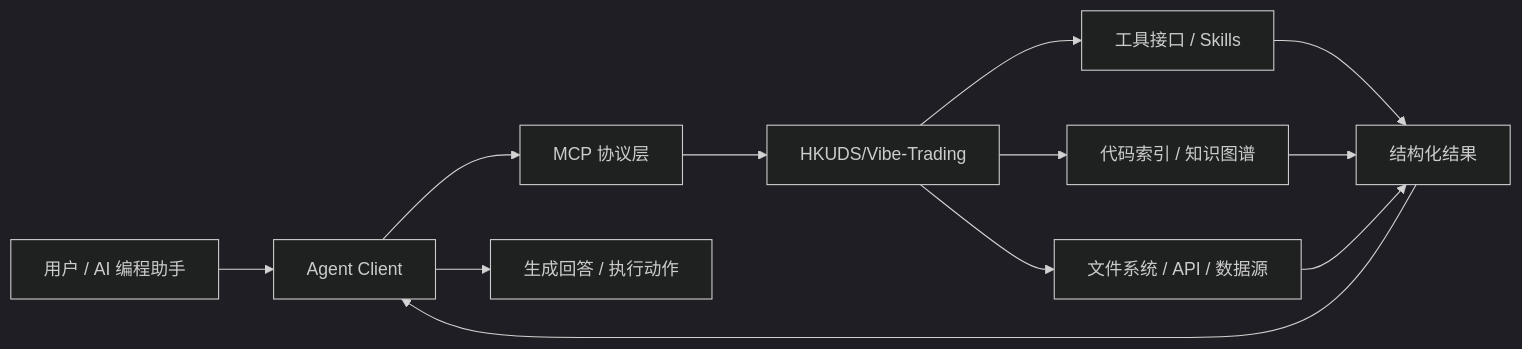
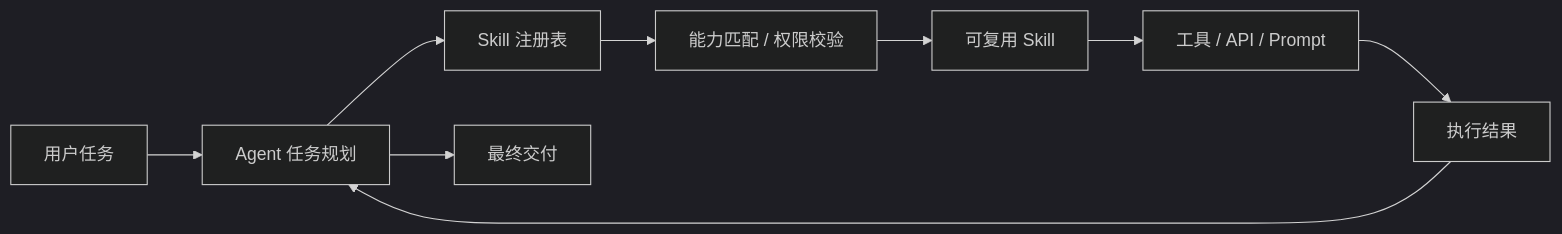
Before and after one commit to Lingwangla/github_trend: the fourth of 5 diagrams in TRENDING.md, drawn with Mermaid (dark theme). The commit also changed other lines of this file and 2 other files, not shown here.

````diff
--- a/TRENDING.md
+++ b/TRENDING.md
@@ -108,14 +144,11 @@
 ```mermaid
 flowchart LR
-    User[用户 / AI 编程助手] --> Client[Agent Client]
-    Client --> Protocol[MCP 协议层]
-    Protocol --> Server[HKUDS/Vibe-Trading]
-    Server --> Tools[工具接口 / Skills]
-    Server --> Index[代码索引 / 知识图谱]
-    Server --> Data[文件系统 / API / 数据源]
-    Tools --> Result[结构化结果]
-    Index --> Result
-    Data --> Result
-    Result --> Client
-    Client --> Answer[生成回答 / 执行动作]
+    User[用户任务] --> Planner[Agent 任务规划]
+    Planner --> Registry[Skill 注册表]
+    Registry --> Select[能力匹配 / 权限校验]
+    Select --> Skill[可复用 Skill]
+    Skill --> Tool[工具 / API / Prompt]
+    Tool --> Observation[执行结果]
+    Observation --> Planner
+    Planner --> Output[最终交付]
 ```
````
